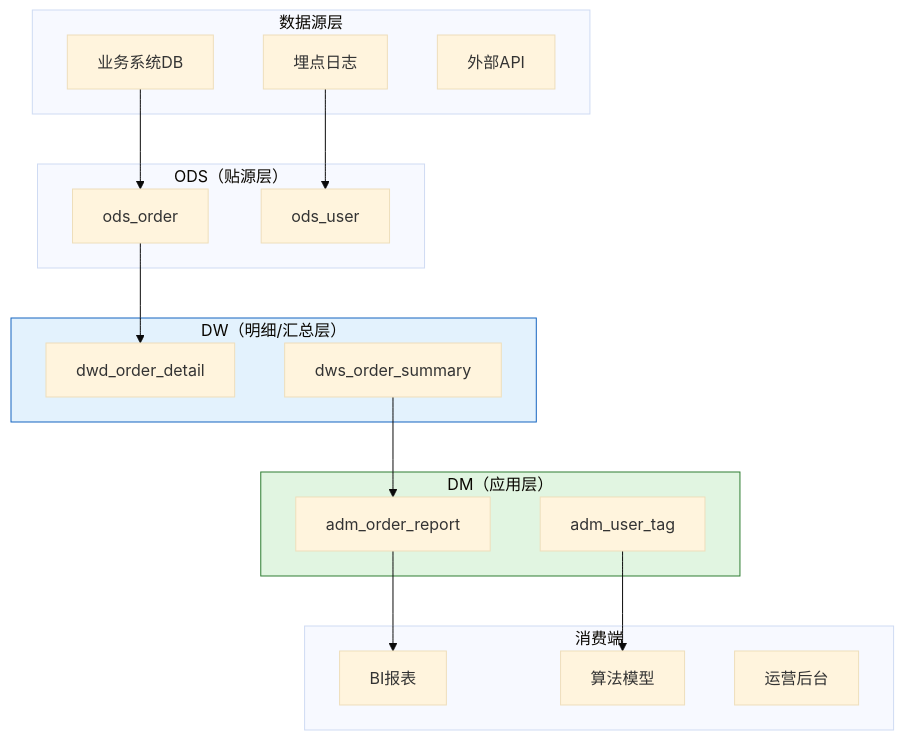
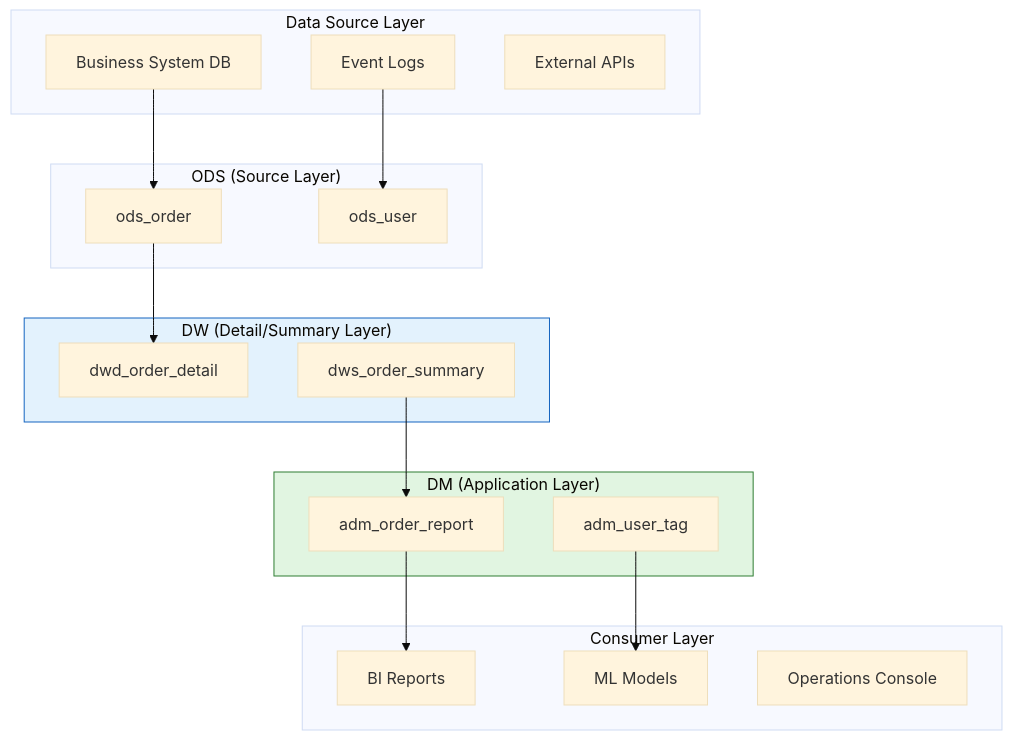
The second of 11 diagrams in templates/产品/技术层/【模板】数据库设计文档规范.md (Kirky-X/cangjie), drawn with Mermaid (base theme) before and after one commit. The commit also changed other lines of this file and 46 other files, not shown here.

````diff
--- a/templates/产品/技术层/【模板】数据库设计文档规范.md
+++ b/templates/产品/技术层/【模板】数据库设计文档规范.md
@@ -148,39 +148,39 @@
 ```mermaid
 flowchart TD
-    subgraph 数据源层
-        A1[业务系统DB]
-        A2[埋点日志]
-        A3[外部API]
+    subgraph Data Source Layer
+        A1[Business System DB]
+        A2[Event Logs]
+        A3[External APIs]
     end
 
-    subgraph ODS层["ODS（贴源层）"]
+    subgraph ODS["ODS (Source Layer)"]
         B1[ods_order]
         B2[ods_user]
     end
 
-    subgraph DW层["DW（明细/汇总层）"]
+    subgraph DW["DW (Detail/Summary Layer)"]
         C1[dwd_order_detail]
         C2[dws_order_summary]
     end
 
-    subgraph DM层["DM（应用层）"]
+    subgraph DM["DM (Application Layer)"]
         D1[adm_order_report]
         D2[adm_user_tag]
     end
 
-    subgraph 消费端
-        E1[BI报表]
-        E2[算法模型]
-        E3[运营后台]
+    subgraph Consumer Layer
+        E1[BI Reports]
+        E2[ML Models]
+        E3[Operations Console]
     end
 
     A1 --> B1
     A2 --> B2
     B1 --> C1
     C2 --> D1
     D1 --> E1
     D2 --> E2
 
-    style DW层 fill:#e3f2fd,stroke:#1565c0
-    style DM层 fill:#e1f5e1,stroke:#2e7d32
+    style DW fill:#e3f2fd,stroke:#1565c0
+    style DM fill:#e1f5e1,stroke:#2e7d32
 ```
````
